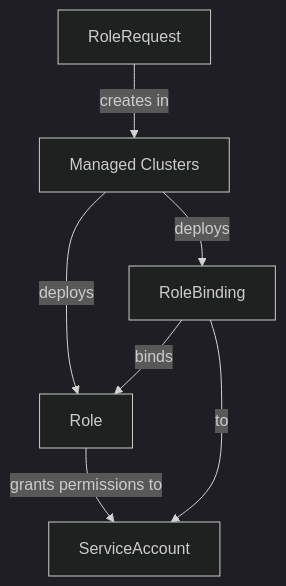
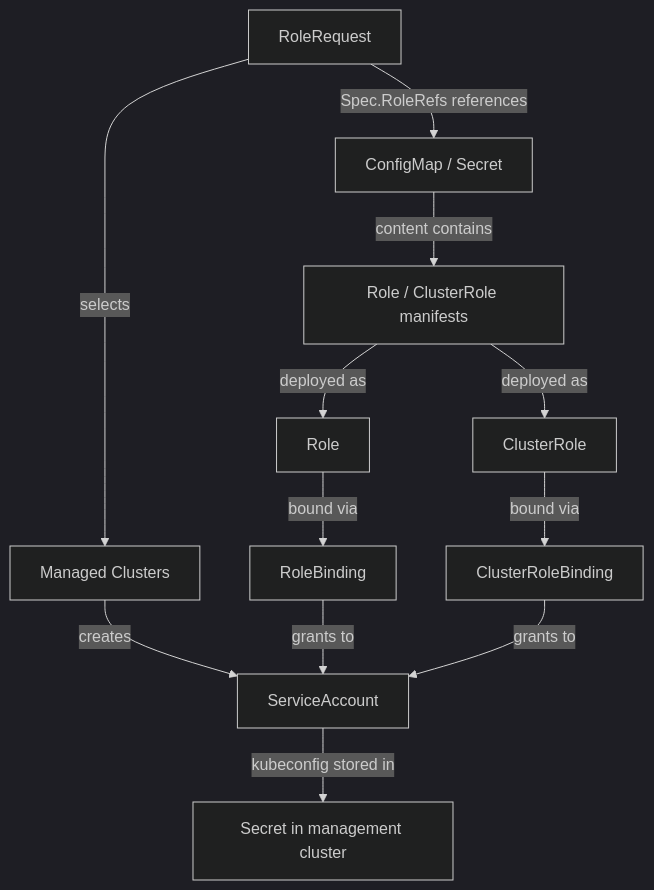
The ninth of 10 diagrams in docs/internals/cr-ownership.md (projectsveltos/sveltos), drawn with Mermaid (dark theme) before and after one commit. The commit also changed other lines of this file, not shown here.

First line of the commit message:
Document the full RoleRequest RBAC provisioning flow

````diff
--- a/docs/internals/cr-ownership.md
+++ b/docs/internals/cr-ownership.md
@@ -514,9 +514,14 @@
 ```mermaid
 graph TB
-    A[RoleRequest] -->|creates in| B[Managed Clusters]
-    B -->|deploys| C[Role]
-    B -->|deploys| D[RoleBinding]
-    C -->|grants permissions to| E[ServiceAccount]
-    D -->|binds| C
-    D -->|to| E
+    A[RoleRequest] -->|selects| B[Managed Clusters]
+    A -->|Spec.RoleRefs references| R[ConfigMap / Secret]
+    R -->|content contains| S[Role / ClusterRole manifests]
+    B -->|creates| SA[ServiceAccount]
+    S -->|deployed as| C[Role]
+    S -->|deployed as| D[ClusterRole]
+    C -->|bound via| RB[RoleBinding]
+    D -->|bound via| CRB[ClusterRoleBinding]
+    RB -->|grants to| SA
+    CRB -->|grants to| SA
+    SA -->|kubeconfig stored in| K[Secret in management cluster]
 ```
````
